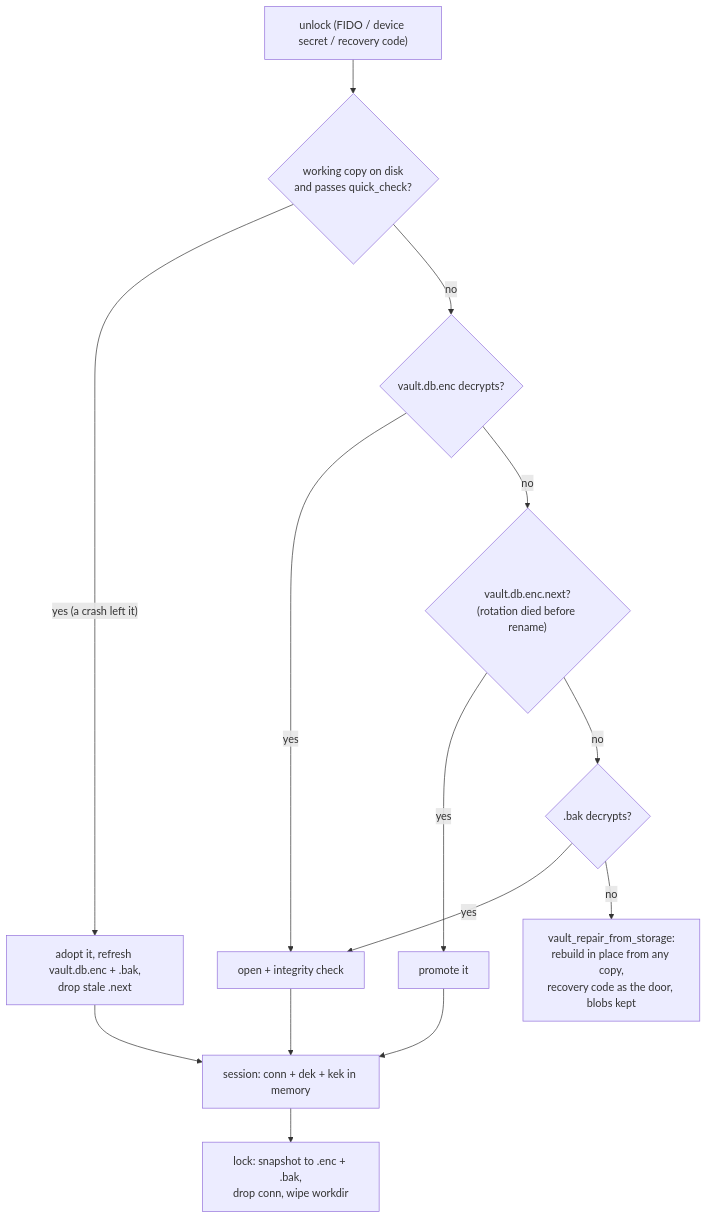
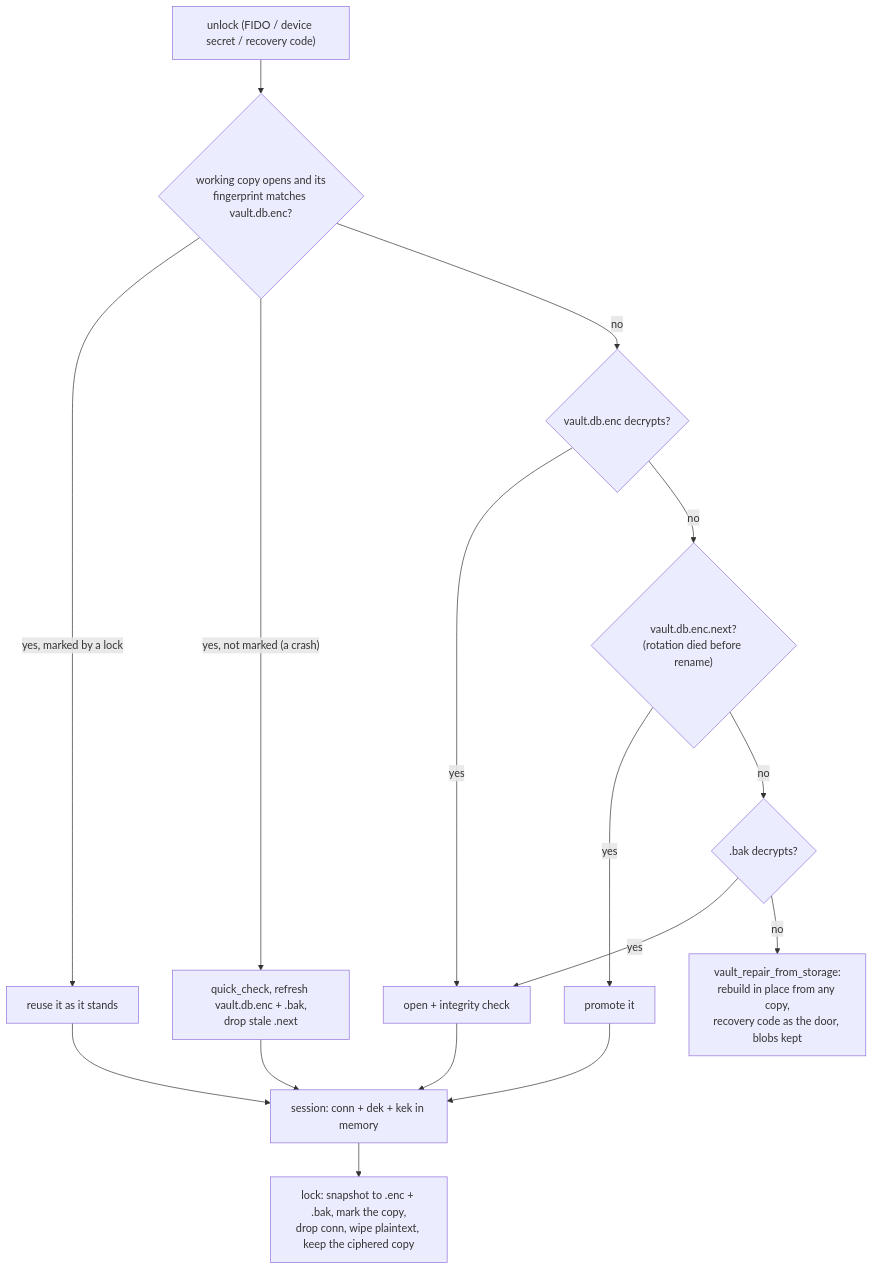
The third of 3 diagrams in docs/ARCHITECTURE.md (silentsilo/desktop), drawn with Mermaid before and after one commit. The commit also changed other lines of this file and 10 other files, not shown here.

First line of the commit message:
Lock keeps the ciphered working copy

````diff
--- a/docs/ARCHITECTURE.md
+++ b/docs/ARCHITECTURE.md
@@ -131,16 +131,18 @@
 ```mermaid
 flowchart TD
-    U["unlock (FIDO / device secret / recovery code)"] --> WC{"working copy on disk<br/>and passes quick_check?"}
-    WC -->|"yes (a crash left it)"| ADOPT["adopt it, refresh vault.db.enc + .bak,<br/>drop stale .next"]
+    U["unlock (FIDO / device secret / recovery code)"] --> WC{"working copy opens and its<br/>fingerprint matches vault.db.enc?"}
+    WC -->|"yes, marked by a lock"| REUSE["reuse it as it stands"]
+    WC -->|"yes, not marked (a crash)"| ADOPT["quick_check, refresh vault.db.enc + .bak,<br/>drop stale .next"]
     WC -->|no| DEC{"vault.db.enc decrypts?"}
     DEC -->|yes| OPEN[open + integrity check]
     DEC -->|no| NEXT{"vault.db.enc.next?<br/>(rotation died before rename)"}
     NEXT -->|yes| PROMOTE[promote it]
     NEXT -->|no| BAK{".bak decrypts?"}
     BAK -->|yes| OPEN
     BAK -->|no| REPAIR["vault_repair_from_storage:<br/>rebuild in place from any copy,<br/>recovery code as the door, blobs kept"]
     OPEN --> SESSION["session: conn + dek + kek in memory"]
     ADOPT --> SESSION
+    REUSE --> SESSION
     PROMOTE --> SESSION
-    SESSION --> LOCK["lock: snapshot to .enc + .bak,<br/>drop conn, wipe workdir"]
+    SESSION --> LOCK["lock: snapshot to .enc + .bak, mark the copy,<br/>drop conn, wipe plaintext, keep the ciphered copy"]
 ```
````
